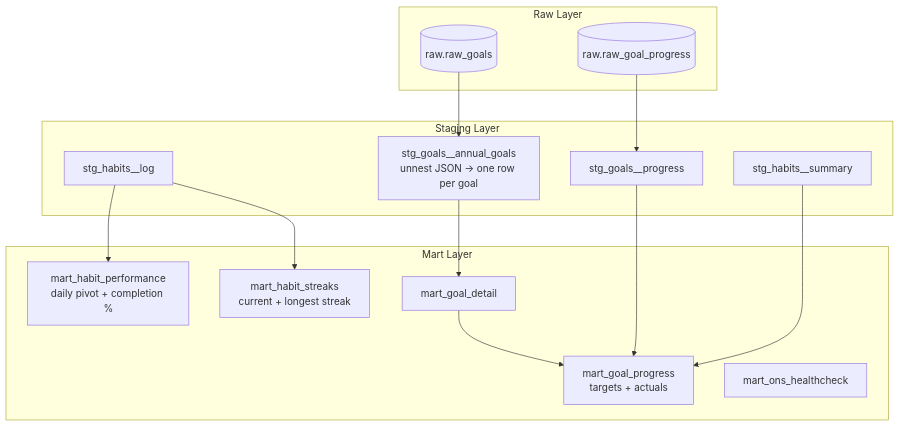
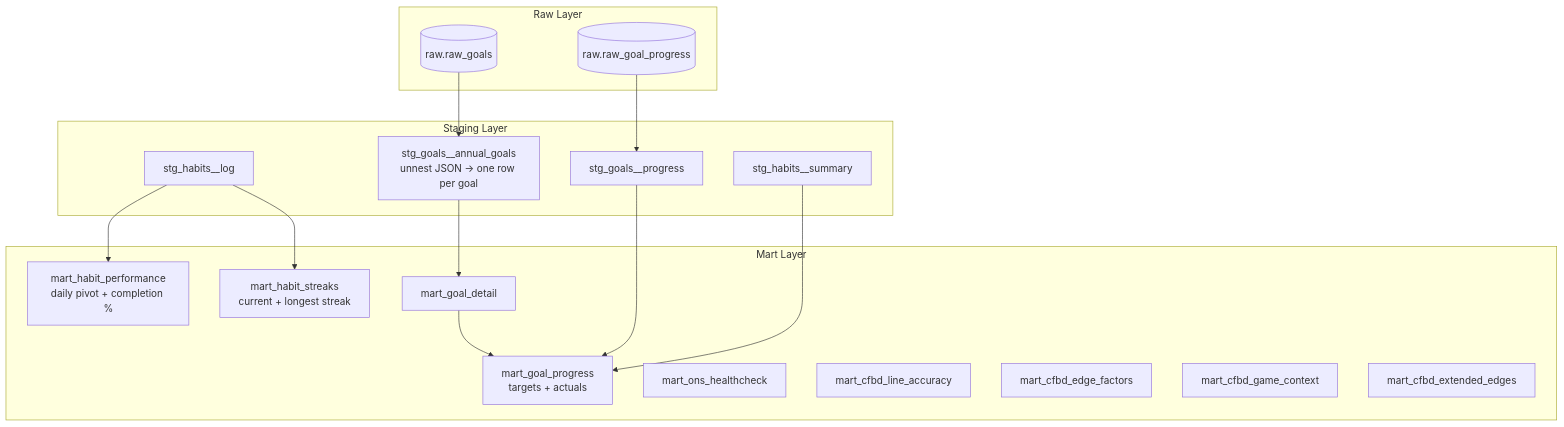
Before and after one commit to cnvertbleweathr/life-os-2026: the third of 4 diagrams in README.md, drawn with Mermaid. The commit also changed other lines of this file, not shown here.

````diff
--- a/README.md
+++ b/README.md
@@ -120,27 +126,31 @@
 ```mermaid
 flowchart TD
     subgraph raw["Raw Layer"]
         RG[(raw.raw_goals)]
         RGP[(raw.raw_goal_progress)]
     end
 
     subgraph staging["Staging Layer"]
         SGA[stg_goals__annual_goals\nunnest JSON → one row per goal]
         SGP[stg_goals__progress]
         SHL[stg_habits__log]
         SHS[stg_habits__summary]
     end
 
     subgraph marts["Mart Layer"]
         MHP[mart_habit_performance\ndaily pivot + completion %]
         MHS[mart_habit_streaks\ncurrent + longest streak]
         MGD[mart_goal_detail]
         MGP[mart_goal_progress\ntargets + actuals]
         MHC[mart_ons_healthcheck]
+        MLA[mart_cfbd_line_accuracy]
+        MEF[mart_cfbd_edge_factors]
+        MGC[mart_cfbd_game_context]
+        MEE[mart_cfbd_extended_edges]
     end
 
     RG --> SGA --> MGD --> MGP
     RGP --> SGP --> MGP
     SHL --> MHP & MHS
     SHS --> MGP
 ```
````
